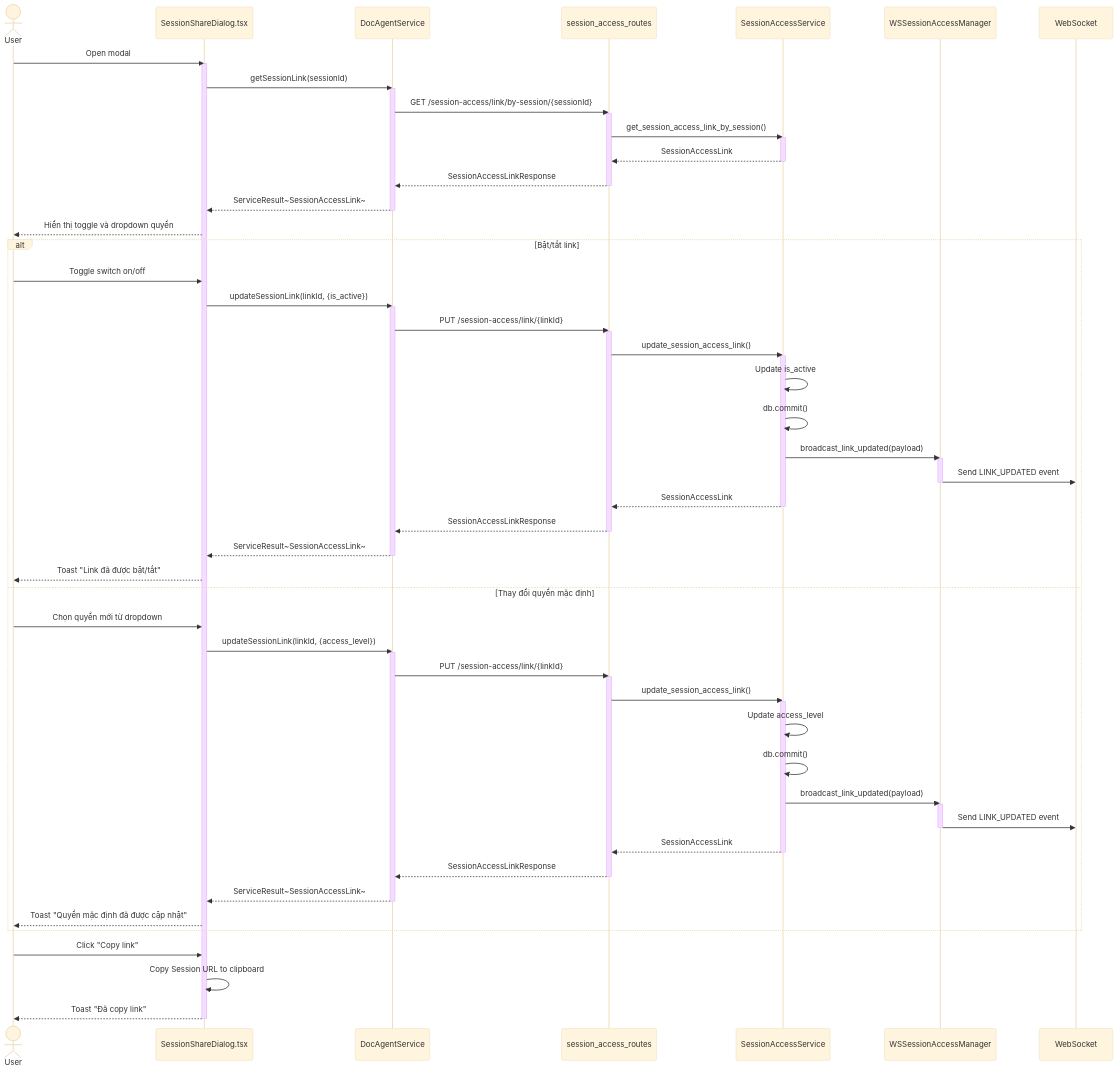
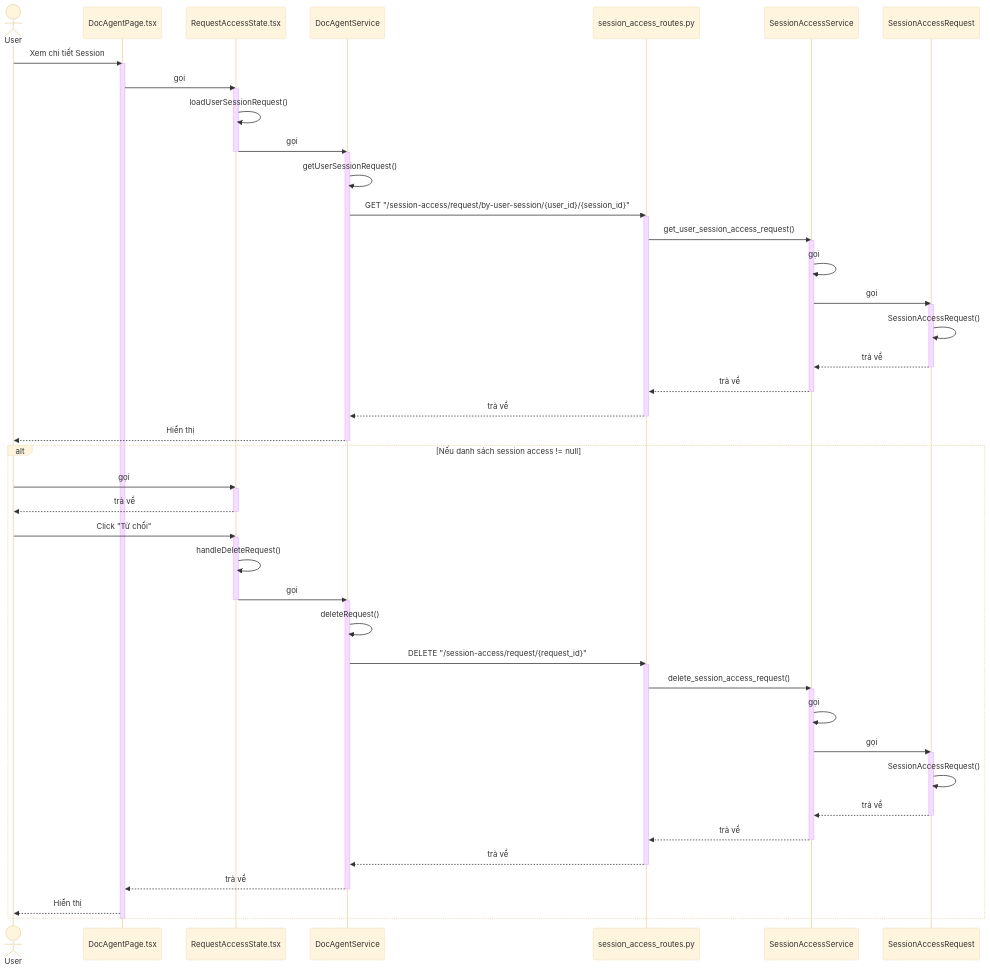
The eighth of 9 diagrams in session_access/4_session_access_seq.md (mduc-2610/gp_doc), drawn with Mermaid (base theme) before and after one commit. The commit also changed other lines of this file and 34 other files, not shown here.

````diff
--- a/session_access/4_session_access_seq.md
+++ b/session_access/4_session_access_seq.md
@@ -480,85 +509,88 @@
 ```mermaid
 sequenceDiagram
-    actor User1 as User
-    participant ShareModal as SessionShareDialog.tsx
+    actor User
+    participant DocAgentPage as DocAgentPage.tsx
+    participant RequestAccessState as RequestAccessState.tsx
     participant DocAgentService as DocAgentService
-    participant SessionAccessRoutes as session_access_routes
+    participant SessionAccessRoutes as session_access_routes.py
     participant SessionAccessService as SessionAccessService
-    participant WSManager as WSSessionAccessManager
-    participant WebSocket as WebSocket
+    participant SessionAccessRequest as SessionAccessRequest
 
-    User1->>ShareModal: Open modal
-    activate ShareModal
+    User->>DocAgentPage: Xem chi tiết Session
+    activate DocAgentPage
     
-    ShareModal->>DocAgentService: getSessionLink(sessionId)
+    DocAgentPage->>RequestAccessState: gọi
+    activate RequestAccessState
+    
+    RequestAccessState->>RequestAccessState: loadUserSessionRequest()
+    RequestAccessState->>DocAgentService: gọi
+    deactivate RequestAccessState
     activate DocAgentService
-    DocAgentService->>SessionAccessRoutes: GET /session-access/link/by-session/{sessionId}
+    
+    DocAgentService->>DocAgentService: getUserSessionRequest()
+    DocAgentService->>SessionAccessRoutes: GET "/session-access/request/by-user-session/{user_id}/{session_id}"
     activate SessionAccessRoutes
-    SessionAccessRoutes->>SessionAccessService: get_session_access_link_by_session()
+    
+    SessionAccessRoutes->>SessionAccessService: get_user_session_access_request()
     activate SessionAccessService
-    SessionAccessService-->>SessionAccessRoutes: SessionAccessLink
+    
+    SessionAccessService->>SessionAccessService: gọi
+    SessionAccessService->>SessionAccessRequest: gọi
+    activate SessionAccessRequest
+    
+    SessionAccessRequest->>SessionAccessRequest: SessionAccessRequest()
+    SessionAccessRequest-->>SessionAccessService: trả về
+    deactivate SessionAccessRequest
+    
+    SessionAccessService-->>SessionAccessRoutes: trả về
     deactivate SessionAccessService
-    SessionAccessRoutes-->>DocAgentService: SessionAccessLinkResponse
+    
+    SessionAccessRoutes-->>DocAgentService: trả về
     deactivate SessionAccessRoutes
-    DocAgentService-->>ShareModal: ServiceResult~SessionAccessLink~
+    
+    DocAgentService-->>User: Hiển thị
     deactivate DocAgentService
     
-    ShareModal-->>User1: Hiển thị toggle và dropdown quyền
-    
-    alt Bật/tắt link
-        User1->>ShareModal: Toggle switch on/off
-        ShareModal->>DocAgentService: updateSessionLink(linkId, {is_active})
+    alt Nếu danh sách session access != null
+        User->>RequestAccessState: gọi
+        activate RequestAccessState
+        RequestAccessState-->>User: trả về
+        deactivate RequestAccessState
+        
+        User->>RequestAccessState: Click "Từ chối"
+        activate RequestAccessState
+        
+        RequestAccessState->>RequestAccessState: handleDeleteRequest()
+        RequestAccessState->>DocAgentService: gọi
+        deactivate RequestAccessState
         activate DocAgentService
-        DocAgentService->>SessionAccessRoutes: PUT /session-access/link/{linkId}
+        
+        DocAgentService->>DocAgentService: deleteRequest()
+        DocAgentService->>SessionAccessRoutes: DELETE "/session-access/request/{request_id}"
         activate SessionAccessRoutes
-        SessionAccessRoutes->>SessionAccessService: update_session_access_link()
+        
+        SessionAccessRoutes->>SessionAccessService: delete_session_access_request()
         activate SessionAccessService
         
-        SessionAccessService->>SessionAccessService: Update is_active
-        SessionAccessService->>SessionAccessService: db.commit()
+        SessionAccessService->>SessionAccessService: gọi
+        SessionAccessService->>SessionAccessRequest: gọi
+        activate SessionAccessRequest
         
-        SessionAccessService->>WSManager: broadcast_link_updated(payload)
-        activate WSManager
-        WSManager->>WebSocket: Send LINK_UPDATED event
-        deactivate WSManager
+        SessionAccessRequest->>SessionAccessRequest: SessionAccessRequest()
+        SessionAccessRequest-->>SessionAccessService: trả về
+        deactivate SessionAccessRequest
         
-        SessionAccessService-->>SessionAccessRoutes: SessionAccessLink
+        SessionAccessService-->>SessionAccessRoutes: trả về
         deactivate SessionAccessService
-        SessionAccessRoutes-->>DocAgentService: SessionAccessLinkResponse
+        
+        SessionAccessRoutes-->>DocAgentService: trả về
         deactivate SessionAccessRoutes
-        DocAgentService-->>ShareModal: ServiceResult~SessionAccessLink~
+        
+        DocAgentService-->>DocAgentPage: trả về
         deactivate DocAgentService
         
-        ShareModal-->>User1: Toast "Link đã được bật/tắt"
-    else Thay đổi quyền mặc định
-        User1->>ShareModal: Chọn quyền mới từ dropdown
-        ShareModal->>DocAgentService: updateSessionLink(linkId, {access_level})
-        activate DocAgentService
-        DocAgentService->>SessionAccessRoutes: PUT /session-access/link/{linkId}
-        activate SessionAccessRoutes
-        SessionAccessRoutes->>SessionAccessService: update_session_access_link()
-        activate SessionAccessService
-        
-        SessionAccessService->>SessionAccessService: Update access_level
-        SessionAccessService->>SessionAccessService: db.commit()
-        
-        SessionAccessService->>WSManager: broadcast_link_updated(payload)
-        activate WSManager
-        WSManager->>WebSocket: Send LINK_UPDATED event
-        deactivate WSManager
-        
-        SessionAccessService-->>SessionAccessRoutes: SessionAccessLink
-        deactivate SessionAccessService
-        SessionAccessRoutes-->>DocAgentService: SessionAccessLinkResponse
-        deactivate SessionAccessRoutes
-        DocAgentService-->>ShareModal: ServiceResult~SessionAccessLink~
-        deactivate DocAgentService
-        
-        ShareModal-->>User1: Toast "Quyền mặc định đã được cập nhật"
+        DocAgentPage-->>User: Hiển thị
     end
     
-    User1->>ShareModal: Click "Copy link"
-    ShareModal->>ShareModal: Copy Session URL to clipboard
-    ShareModal-->>User1: Toast "Đã copy link"
-    deactivate ShareModal
+    deactivate DocAgentPage
 ```
````
